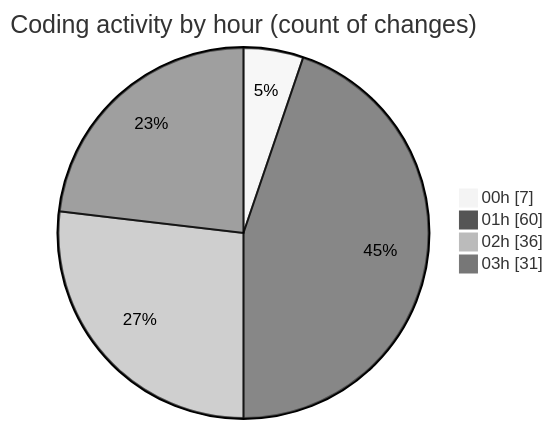
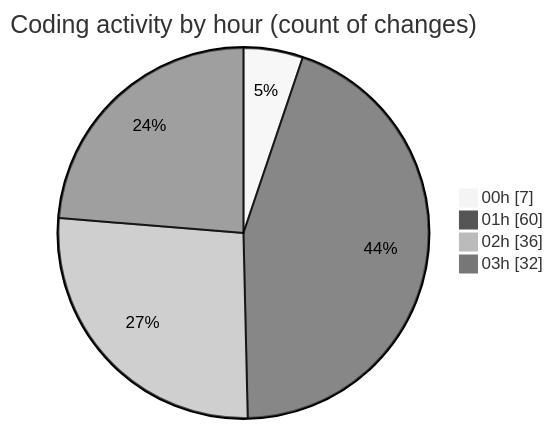
Before and after one commit to julien-gomy/code-tracking: the second of 2 diagrams in 2025-10-07/eventscop-frontend-guide__workspace_/README.md, drawn with Mermaid (neutral theme). The commit also changed other lines of this file and 1 other file, not shown here.

````diff
--- a/2025-10-07/eventscop-frontend-guide__workspace_/README.md
+++ b/2025-10-07/eventscop-frontend-guide__workspace_/README.md
@@ -87,8 +87,8 @@
 ```mermaid
 pie showData
 title Coding activity by hour (count of changes)
 "00h" : 7
 "01h" : 60
 "02h" : 36
-"03h" : 31
+"03h" : 32
 ```
````
